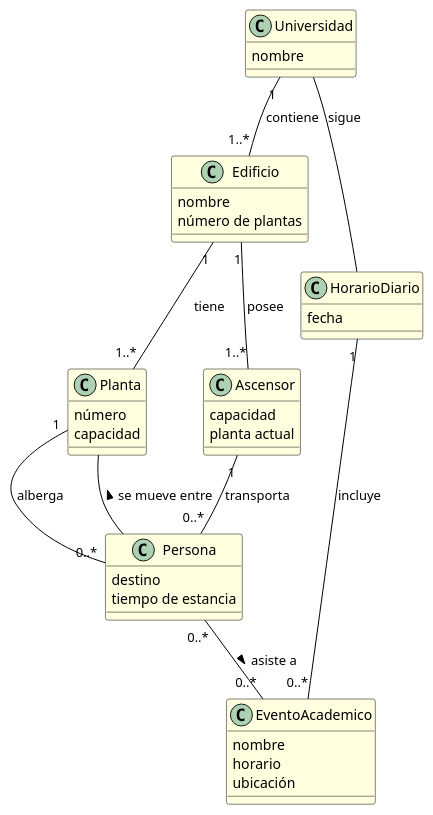
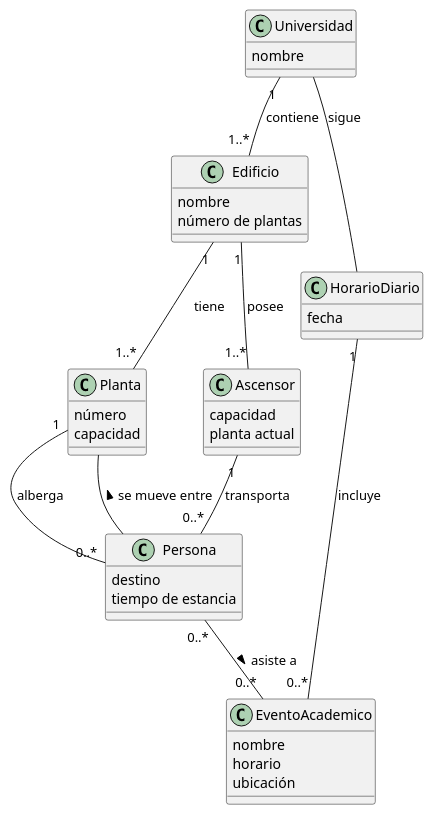
One commit to puntoReflex/pyAscensores changed the diagram in src/mdd/001-DdC.puml. Above: the diagram before and after it, drawn with PlantUML. The commit also changed 17 other files, not shown here.

First line of the commit message:
Actualización de modelos UML y documentación

```diff
--- a/src/mdd/001-DdC.puml
+++ b/src/mdd/001-DdC.puml
@@ -1,53 +1,47 @@
 @startuml
-
-skinparam class {
-    BackgroundColor LightYellow
-    BorderColor Black
-    ArrowColor Black
-}
 
 class Universidad {
   nombre
 }
 
 class Edificio {
   nombre
   número de plantas
 }
 
 class Planta {
   número
   capacidad
 }
 
 class Ascensor {
   capacidad
   planta actual
 }
 
 class Persona {
   destino
   tiempo de estancia
 }
 
 class HorarioDiario {
   fecha
 }
 
 class EventoAcademico {
   nombre
   horario
   ubicación
 }
 
 Universidad "1" -- "1..*" Edificio : contiene
 Edificio "1" -- "1..*" Planta : tiene
 Edificio "1" -- "1..*" Ascensor : posee
 Planta "1" -- "0..*" Persona : alberga
 Ascensor "1" -- "0..*" Persona : transporta
 Persona -- Planta : se mueve entre >
 Universidad -- HorarioDiario : sigue
 HorarioDiario "1" -- "0..*" EventoAcademico : incluye
 Persona "0..*" -- "0..*" EventoAcademico : asiste a >
 
 @enduml
```
